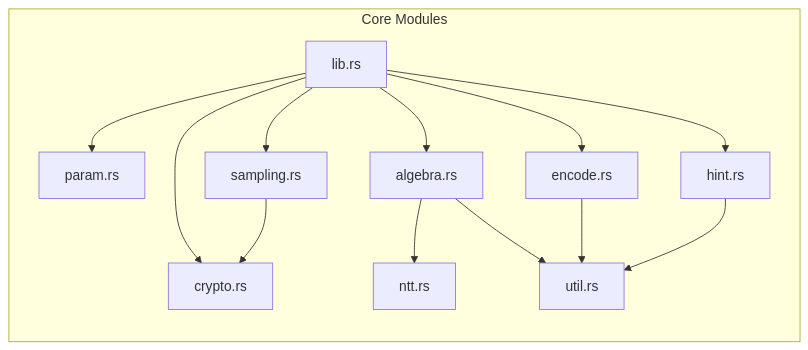
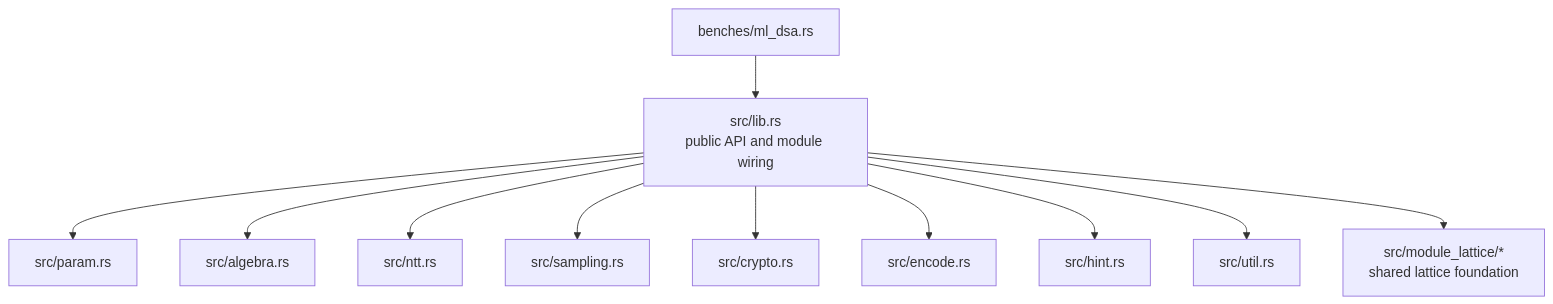
The diagram in docs/architecture.md (isomoes/ml-dsa-rs), drawn with Mermaid before and after one commit. The commit also changed other lines of this file, not shown here.

````diff
--- a/docs/architecture.md
+++ b/docs/architecture.md
@@ -41,27 +34,16 @@
 ```mermaid
-graph LR
-    subgraph "Core Modules"
-        LIB[lib.rs]
-        PARAM[param.rs]
-        ALG[algebra.rs]
-        NTT[ntt.rs]
-        CRYPTO[crypto.rs]
-        SAMPLE[sampling.rs]
-        ENCODE[encode.rs]
-        HINT[hint.rs]
-        UTIL[util.rs]
-    end
+graph TD
+    A[src/lib.rs\npublic API and module wiring]
 
-    LIB --> PARAM
-    LIB --> ALG
-    LIB --> CRYPTO
-    LIB --> SAMPLE
-    LIB --> ENCODE
-    LIB --> HINT
+    A --> B[src/param.rs]
+    A --> C[src/algebra.rs]
+    A --> D[src/ntt.rs]
+    A --> E[src/sampling.rs]
+    A --> F[src/crypto.rs]
+    A --> G[src/encode.rs]
+    A --> H[src/hint.rs]
+    A --> I[src/util.rs]
+    A --> J[src/module_lattice/*\nshared lattice foundation]
 
-    ALG --> NTT
-    ALG --> UTIL
-    SAMPLE --> CRYPTO
-    ENCODE --> UTIL
-    HINT --> UTIL
+    K[benches/ml_dsa.rs] --> A
 ```
````
